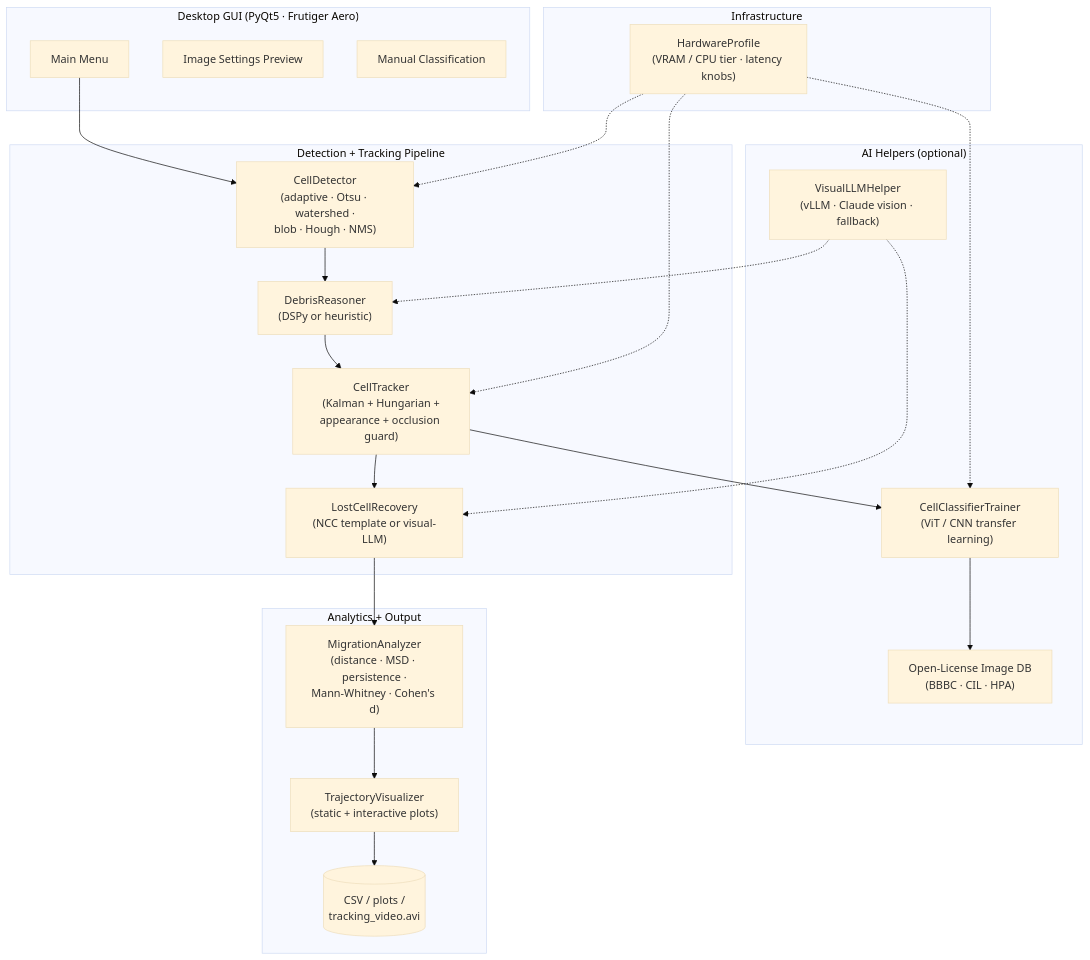
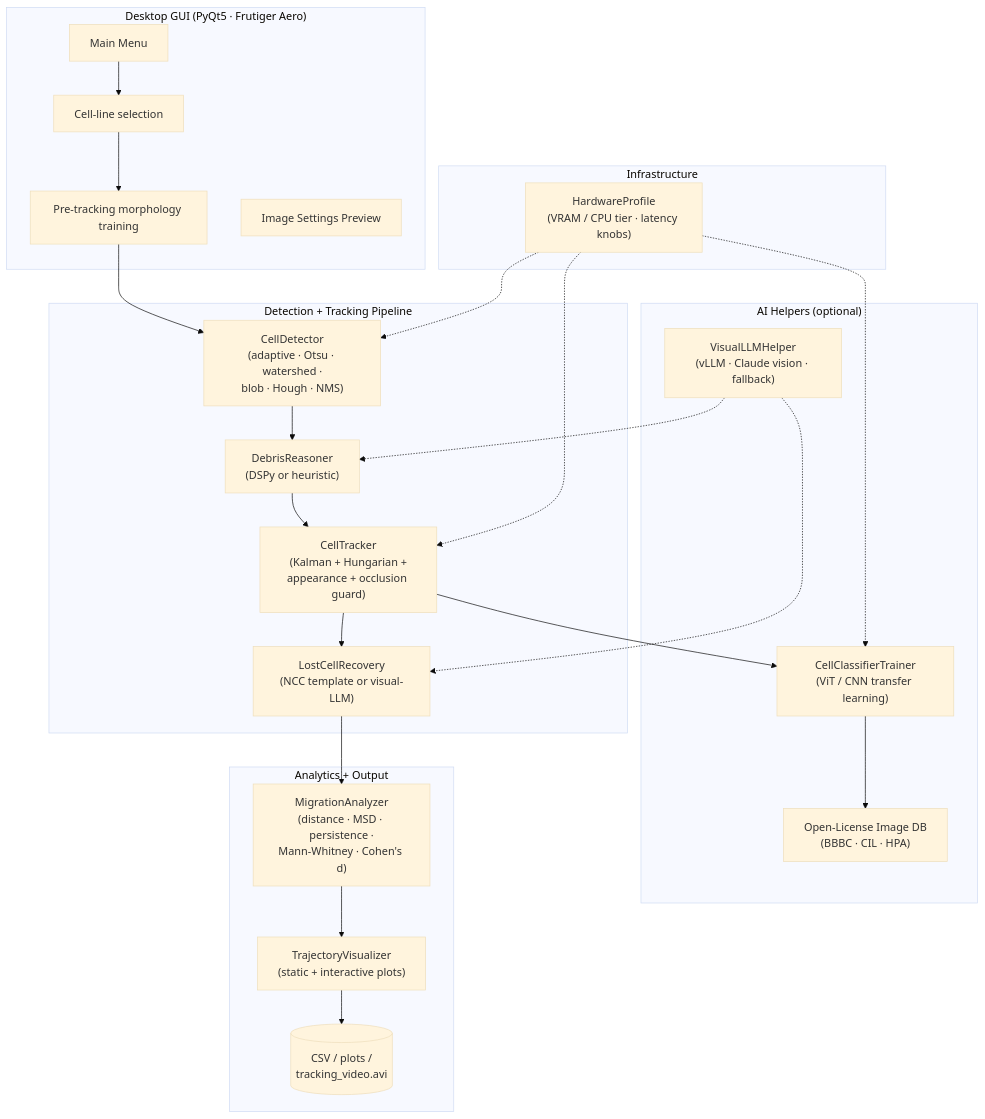
One commit to SciSpectator/CytoTrack-AI changed the first of 2 diagrams in README.md. Above: the diagram before and after it, drawn with Mermaid (base theme). The commit also changed other lines of this file and 152 other files, not shown here.

Commit message:
Add quality-first cell tracking workflow and results

````diff
--- a/README.md
+++ b/README.md
@@ -94,46 +107,49 @@
 ```mermaid
 graph TB
     subgraph GUI["Desktop GUI (PyQt5 · Frutiger Aero)"]
         MainMenu[Main Menu]
+        CellLineGate[Cell-line selection]
+        PreTrain[Pre-tracking morphology training]
         SettingsPreview[Image Settings Preview]
-        ManualClassify[Manual Classification]
     end
 
     subgraph Core["Detection + Tracking Pipeline"]
         Detector["CellDetector<br/>(adaptive · Otsu · watershed ·<br/>blob · Hough · NMS)"]
         DebrisReasoner["DebrisReasoner<br/>(DSPy or heuristic)"]
         Tracker["CellTracker<br/>(Kalman + Hungarian +<br/>appearance + occlusion guard)"]
         Recovery["LostCellRecovery<br/>(NCC template or visual-LLM)"]
     end
 
     subgraph AI["AI Helpers (optional)"]
         VisualLLM["VisualLLMHelper<br/>(vLLM · Claude vision · fallback)"]
         Classifier["CellClassifierTrainer<br/>(ViT / CNN transfer learning)"]
         CellDB["Open-License Image DB<br/>(BBBC · CIL · HPA)"]
     end
 
     subgraph Analytics["Analytics + Output"]
         Analyzer["MigrationAnalyzer<br/>(distance · MSD · persistence ·<br/>Mann-Whitney · Cohen's d)"]
         Visualizer["TrajectoryVisualizer<br/>(static + interactive plots)"]
         CSV[(CSV / plots /<br/>tracking_video.avi)]
     end
 
     subgraph Infra["Infrastructure"]
         HW["HardwareProfile<br/>(VRAM / CPU tier · latency knobs)"]
     end
 
-    MainMenu --> Detector
+    MainMenu --> CellLineGate
+    CellLineGate --> PreTrain
+    PreTrain --> Detector
     Detector --> DebrisReasoner
     DebrisReasoner --> Tracker
     Tracker --> Recovery
     Recovery --> Analyzer
     Tracker --> Classifier
     Classifier --> CellDB
     VisualLLM -.-> Recovery
     VisualLLM -.-> DebrisReasoner
     HW -.-> Detector
     HW -.-> Tracker
     HW -.-> Classifier
     Analyzer --> Visualizer
     Visualizer --> CSV
 ```
````
